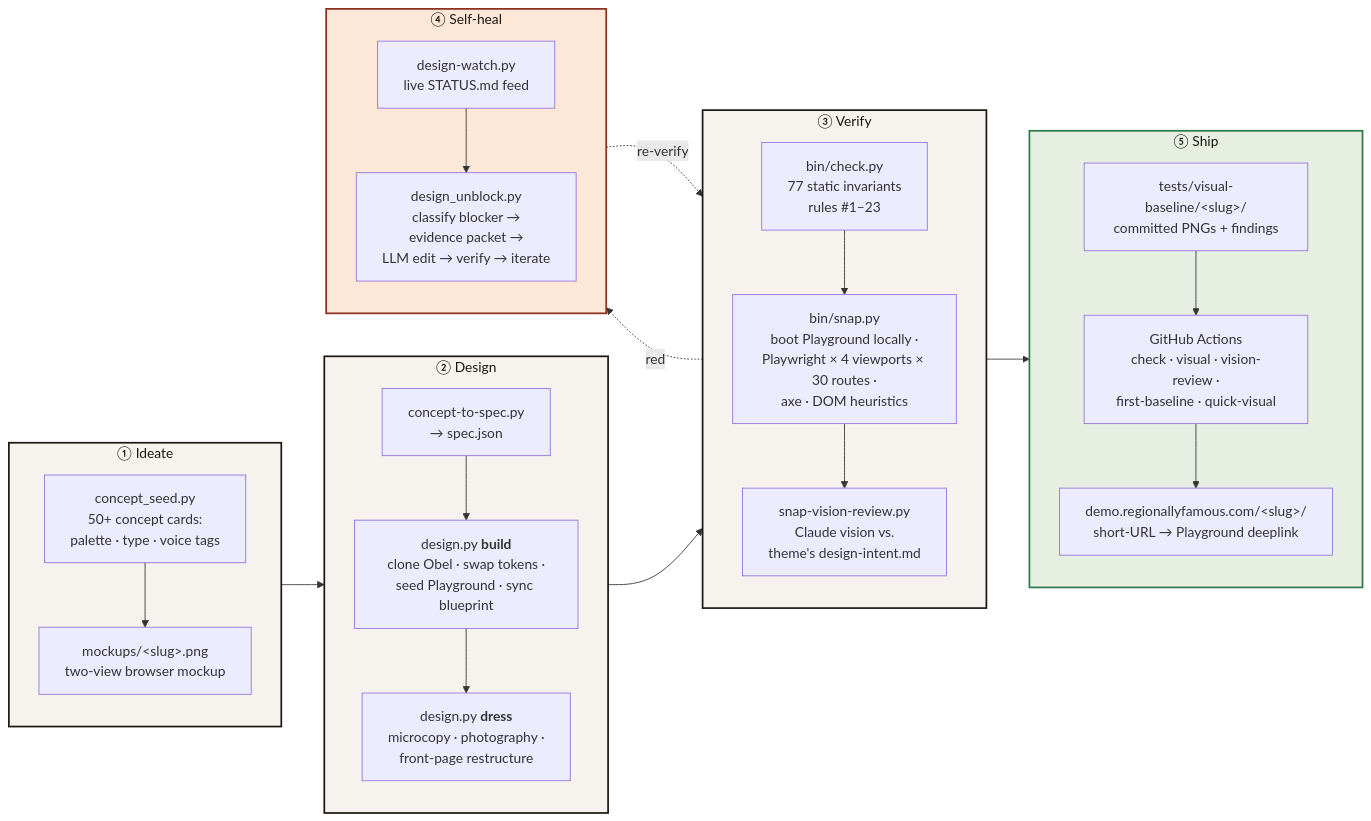
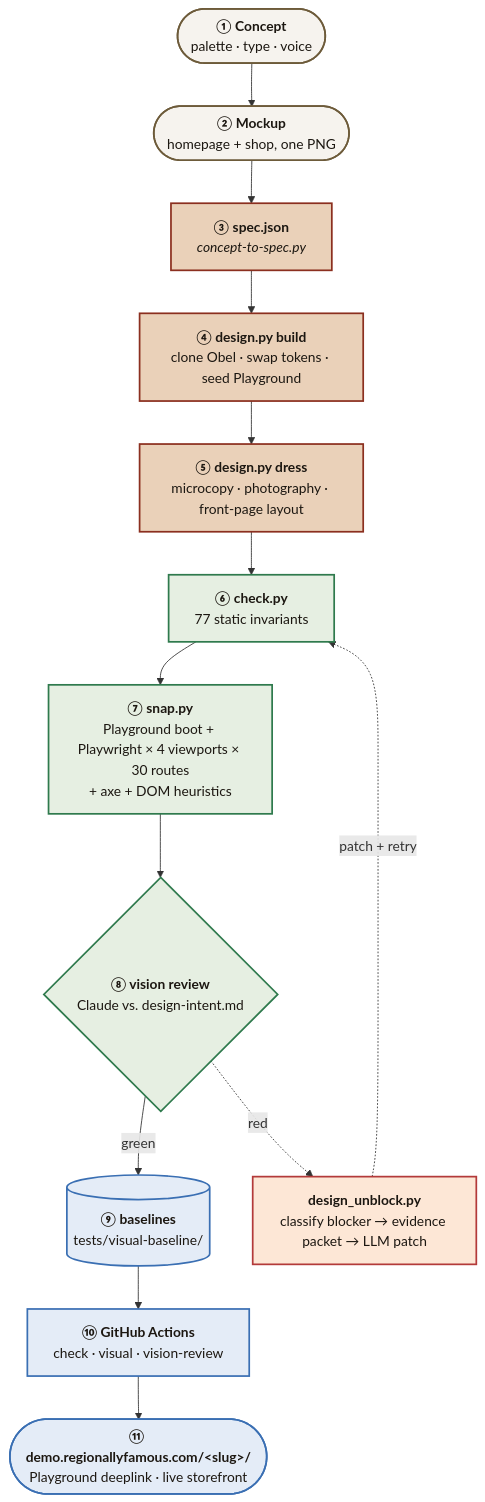
One commit to RegionallyFamous/fifty changed the diagram in docs/how-it-works.md. Above: the diagram before and after it, drawn with Mermaid. The commit also changed other lines of this file, not shown here.

Commit message:
docs: redraw how-it-works diagram as single vertical column
Previous layout was LR with 5 subgraphs (Ideate / Design / Verify /
Self-heal / Ship) side-by-side. On GitHub that renders as a very
wide image where each subgraph is a cramped column with 2-3 nodes
stacked; readable on a 27' monitor, illegible on a laptop.

New layout is TB, single vertical chain, 12 nodes. Stages are
conveyed by per-node color (cream=ideate, terracotta=design,
green=verify, red-dashed=self-heal, blue=ship) instead of
subgraph boxes. Node shapes carry extra signal:
  (artifact)       rounded  — Concept, Mockup, Live demo
  [step]           square   — build / dress / check / snap / etc.
  {vision review}  diamond  — the decision point (green vs red)
  [(baselines)]    cylinder — the committed PNG store

The self-heal loop reads as a dashed side-branch off the vision
review that rejoins check.py, which is the whole 'close the loop'
point of the factory.

````diff
--- a/docs/how-it-works.md
+++ b/docs/how-it-works.md
@@ -7,55 +7,26 @@
 ```mermaid
-flowchart LR
-    classDef stage  fill:#f6f3ee,stroke:#1c1711,stroke-width:2px,color:#1c1711
-    classDef heal   fill:#fde7d6,stroke:#8b2f1f,stroke-width:2px,color:#1c1711
-    classDef ship   fill:#e6efe2,stroke:#2F7A4D,stroke-width:2px,color:#1c1711
-    classDef red    stroke:#b33a3a,stroke-width:2px,color:#b33a3a
+flowchart TB
+    classDef ideate fill:#f6f3ee,stroke:#6d5b3a,color:#1c1711,stroke-width:2px
+    classDef design fill:#ead1b9,stroke:#8b2f1f,color:#1c1711,stroke-width:2px
+    classDef verify fill:#e6efe2,stroke:#2F7A4D,color:#1c1711,stroke-width:2px
+    classDef heal   fill:#fde7d6,stroke:#b33a3a,color:#1c1711,stroke-width:2px
+    classDef ship   fill:#e4ecf7,stroke:#3A6FB3,color:#1c1711,stroke-width:2px
 
-    subgraph IDEATE["① Ideate"]
-        direction TB
-        CS[concept_seed.py<br/>50+ concept cards:<br/>palette · type · voice tags]
-        MOCK[mockups/&lt;slug&gt;.png<br/>two-view browser mockup]
-        CS --> MOCK
-    end
+    A(["<b>① Concept</b><br/>palette · type · voice"]):::ideate
+    M(["<b>② Mockup</b><br/>homepage + shop, one PNG"]):::ideate
+    S["<b>③ spec.json</b><br/><i>concept-to-spec.py</i>"]:::design
+    B["<b>④ design.py build</b><br/>clone Obel · swap tokens · seed Playground"]:::design
+    D["<b>⑤ design.py dress</b><br/>microcopy · photography · front-page layout"]:::design
+    CH["<b>⑥ check.py</b><br/>77 static invariants"]:::verify
+    SN["<b>⑦ snap.py</b><br/>Playground boot + Playwright × 4 viewports × 30 routes<br/>+ axe + DOM heuristics"]:::verify
+    VI{"<b>⑧ vision review</b><br/>Claude vs. design-intent.md"}:::verify
+    UN["<b>design_unblock.py</b><br/>classify blocker → evidence packet → LLM patch"]:::heal
+    BL[("<b>⑨ baselines</b><br/>tests/visual-baseline/")]:::ship
+    CI["<b>⑩ GitHub Actions</b><br/>check · visual · vision-review"]:::ship
+    LIVE(["<b>⑪ demo.regionallyfamous.com/&lt;slug&gt;/</b><br/>Playground deeplink · live storefront"]):::ship
 
-    subgraph DESIGN["② Design"]
-        direction TB
-        SPEC[concept-to-spec.py<br/>→ spec.json]
-        BUILD[design.py <b>build</b><br/>clone Obel · swap tokens ·<br/>seed Playground · sync blueprint]
-        DRESS[design.py <b>dress</b><br/>microcopy · photography ·<br/>front-page restructure]
-        SPEC --> BUILD --> DRESS
-    end
-
-    subgraph VERIFY["③ Verify"]
-        direction TB
-        CHECK[bin/check.py<br/>77 static invariants<br/>rules #1–23]
-        SNAP[bin/snap.py<br/>boot Playground locally ·<br/>Playwright × 4 viewports × 30 routes ·<br/>axe · DOM heuristics]
-        VISION[snap-vision-review.py<br/>Claude vision vs.<br/>theme's design-intent.md]
-        CHECK --> SNAP --> VISION
-    end
-
-    subgraph HEAL["④ Self-heal"]
-        direction TB
-        WATCH[design-watch.py<br/>live STATUS.md feed]
-        UNBLOCK[design_unblock.py<br/>classify blocker →<br/>evidence packet →<br/>LLM edit → verify → iterate]
-        WATCH --> UNBLOCK
-    end
-
-    subgraph SHIP["⑤ Ship"]
-        direction TB
-        BASE[tests/visual-baseline/&lt;slug&gt;/<br/>committed PNGs + findings]
-        CI[GitHub Actions<br/>check · visual · vision-review ·<br/>first-baseline · quick-visual]
-        PAGES[demo.regionallyfamous.com/&lt;slug&gt;/<br/>short-URL → Playground deeplink]
-        BASE --> CI --> PAGES
-    end
-
-    MOCK --> SPEC
-    DRESS --> CHECK
-    VISION --> BASE
-    VISION -. red .-> UNBLOCK
-    UNBLOCK -. re-verify .-> CHECK
-
-    class IDEATE,DESIGN,VERIFY stage
-    class HEAL heal
-    class SHIP ship
+    A --> M --> S --> B --> D --> CH --> SN --> VI
+    VI -->|green| BL --> CI --> LIVE
+    VI -. red .-> UN
+    UN -. patch + retry .-> CH
 ```
````
